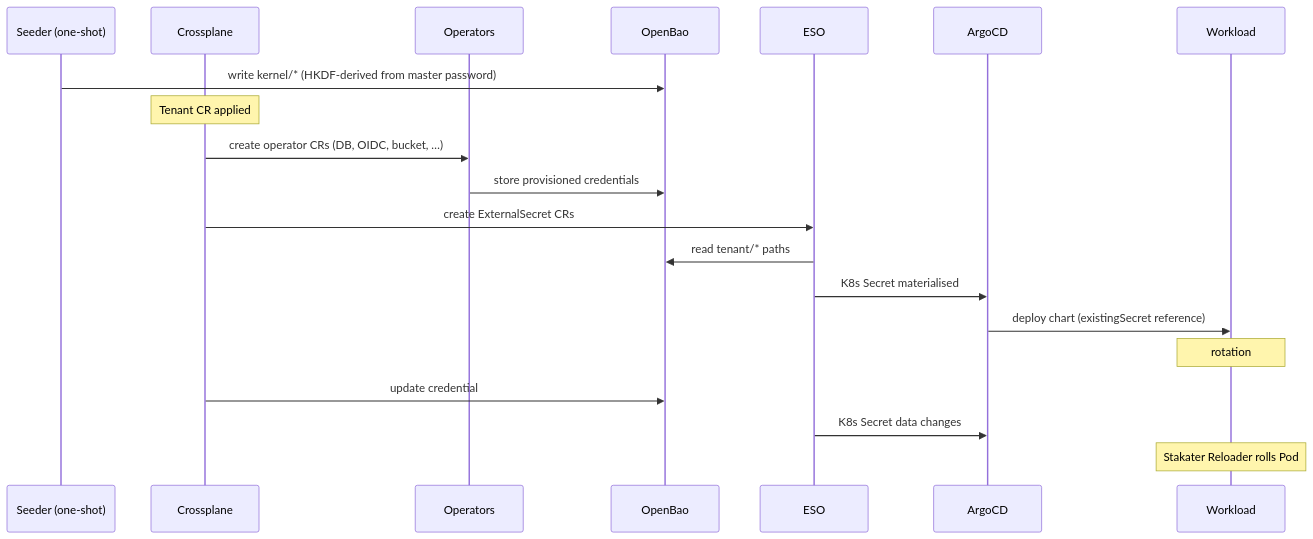
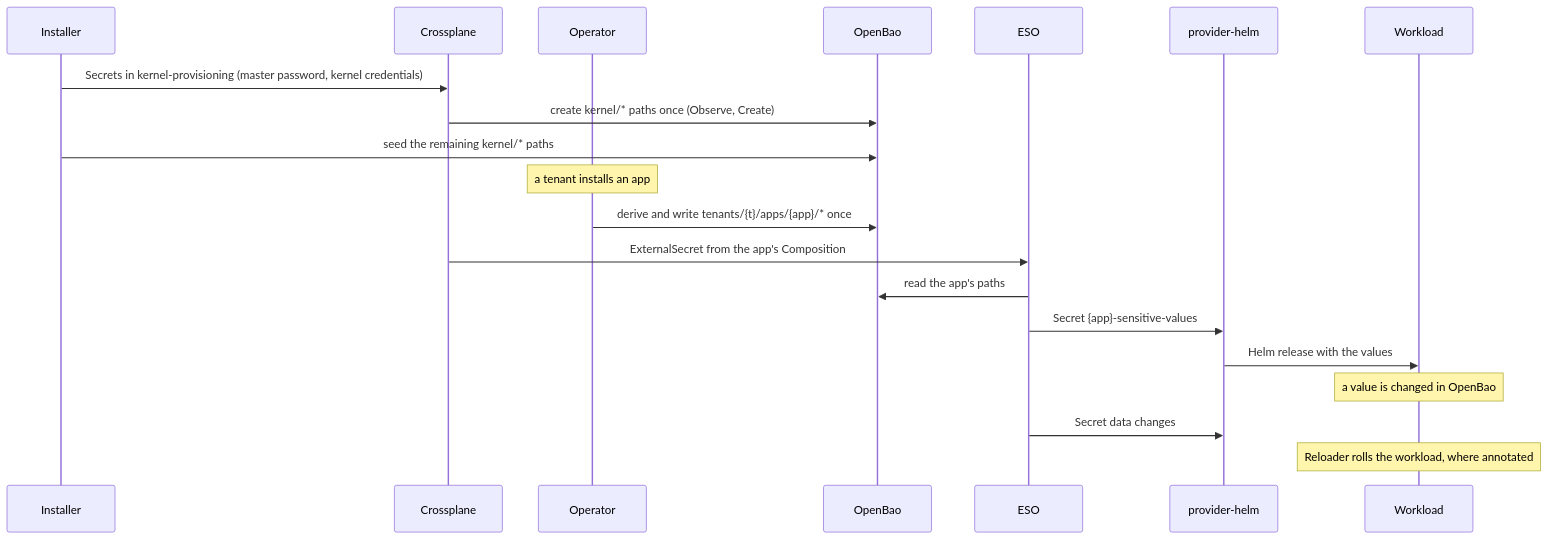
One commit to gentian-org/gentian-os changed the third of 3 diagrams in docs/design/security.md. Above: the diagram before and after it, drawn with Mermaid. The commit also changed other lines of this file and 27 other files, not shown here.

````diff
--- a/docs/design/security.md
+++ b/docs/design/security.md
@@ -1313,23 +1353,23 @@
 ```mermaid
 sequenceDiagram
-    participant Seed as Seeder (one-shot)
+    participant Inst as Installer
     participant XP as Crossplane
-    participant Op as Operators
+    participant Op as Operator
     participant OB as OpenBao
     participant ESO as ESO
-    participant AC as ArgoCD
+    participant PH as provider-helm
     participant Pod as Workload
 
-    Seed->>OB: write kernel/* (HKDF-derived from master password)
-    Note over XP: Tenant CR applied
-    XP->>Op: create operator CRs (DB, OIDC, bucket, …)
-    Op->>OB: store provisioned credentials
-    XP->>ESO: create ExternalSecret CRs
-    ESO->>OB: read tenant/* paths
-    ESO->>AC: K8s Secret materialised
-    AC->>Pod: deploy chart (existingSecret reference)
-    Note over Pod: rotation
-    XP->>OB: update credential
-    ESO->>AC: K8s Secret data changes
-    Note over Pod: Stakater Reloader rolls Pod
+    Inst->>XP: Secrets in kernel-provisioning (master password, kernel credentials)
+    XP->>OB: create kernel/* paths once (Observe, Create)
+    Inst->>OB: seed the remaining kernel/* paths
+    Note over Op: a tenant installs an app
+    Op->>OB: derive and write tenants/{t}/apps/{app}/* once
+    XP->>ESO: ExternalSecret from the app's Composition
+    ESO->>OB: read the app's paths
+    ESO->>PH: Secret {app}-sensitive-values
+    PH->>Pod: Helm release with the values
+    Note over Pod: a value is changed in OpenBao
+    ESO->>PH: Secret data changes
+    Note over Pod: Reloader rolls the workload, where annotated
 ```
````
